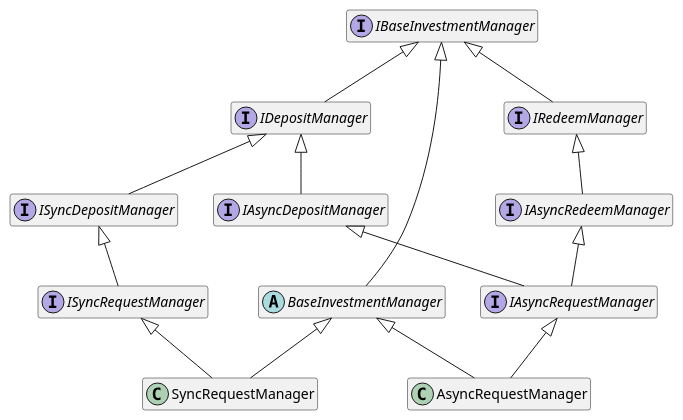
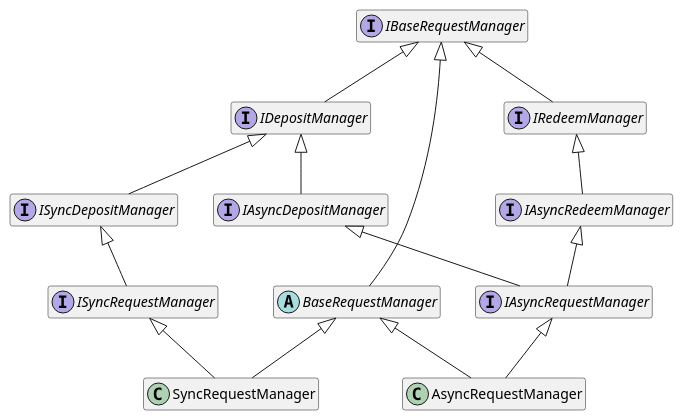
Before and after one commit to centrifuge/protocol: the diagram in docs/architecture/vaults/managers.puml, drawn with PlantUML. The commit also changed 23 other files, not shown here.

Commit message:
ref: rename v3 Investment -> Request

```diff
--- a/docs/architecture/vaults/managers.puml
+++ b/docs/architecture/vaults/managers.puml
@@ -1,39 +1,39 @@
 @startuml
 hide empty members
 
-interface IBaseInvestmentManager
+interface IBaseRequestManager
 
 interface IDepositManager
 interface IRedeemManager
 
 interface IAsyncDepositManager
 interface ISyncDepositManager
 interface IAsyncRedeemManager
 
 interface IAsyncRequestManager
 interface ISyncRequestManager
 
-IDepositManager -up-|> IBaseInvestmentManager
-IRedeemManager -up-|> IBaseInvestmentManager
+IDepositManager -up-|> IBaseRequestManager
+IRedeemManager -up-|> IBaseRequestManager
 
 IAsyncDepositManager -up-|> IDepositManager
 ISyncDepositManager -up-|> IDepositManager
 IAsyncRedeemManager -up-|> IRedeemManager
 
 IAsyncRequestManager -up-|> IAsyncDepositManager
 IAsyncRequestManager -up-|> IAsyncRedeemManager
 
 ISyncRequestManager -up-|> ISyncDepositManager
 
-abstract BaseInvestmentManager
+abstract BaseRequestManager
 class AsyncRequestManager
 class SyncRequestManager
 
-AsyncRequestManager -up-|> BaseInvestmentManager
-SyncRequestManager -up-|> BaseInvestmentManager
+AsyncRequestManager -up-|> BaseRequestManager
+SyncRequestManager -up-|> BaseRequestManager
 
-BaseInvestmentManager -up-|> IBaseInvestmentManager
+BaseRequestManager -up-|> IBaseRequestManager
 AsyncRequestManager -up-|> IAsyncRequestManager
 SyncRequestManager -up-|> ISyncRequestManager
 
 @enduml
```
